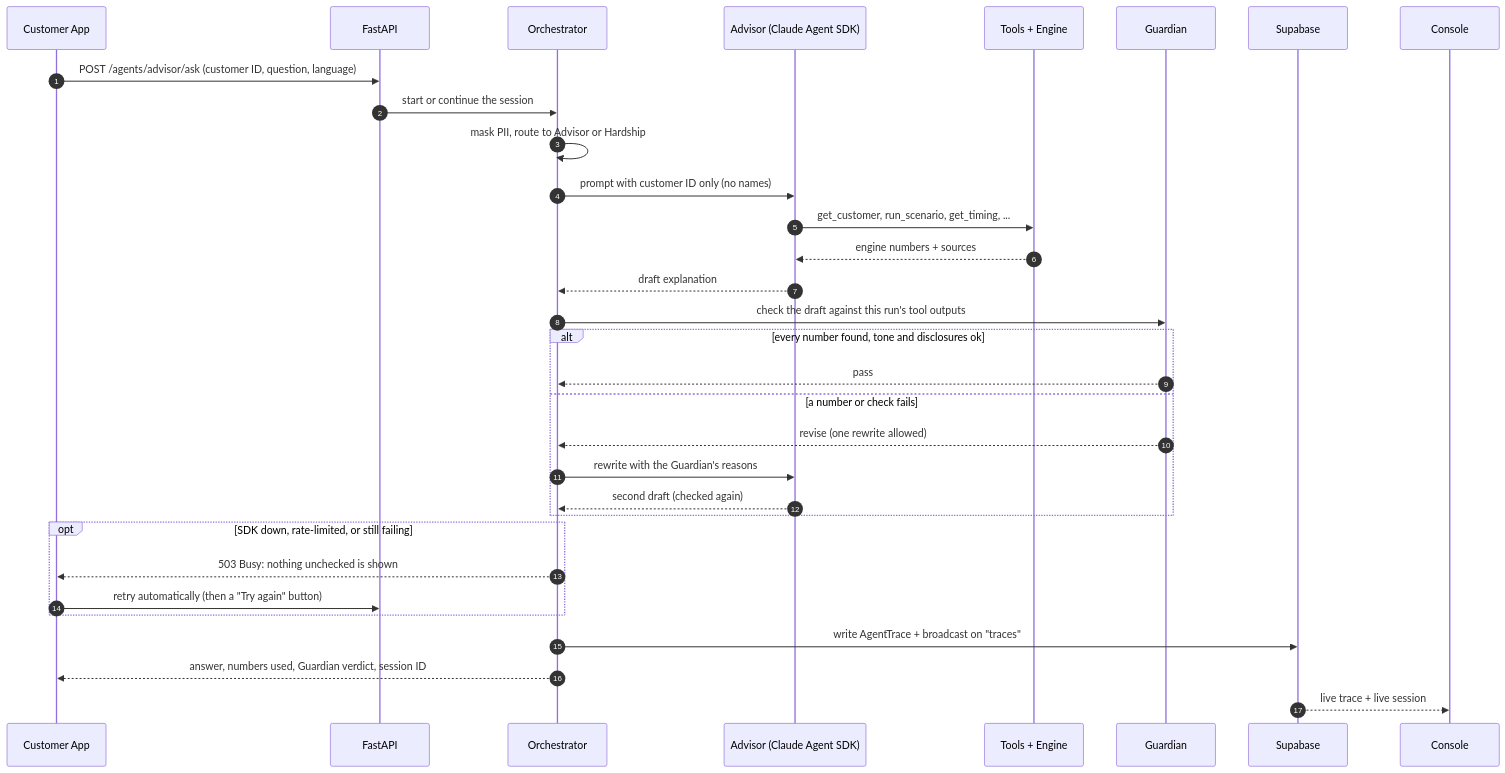
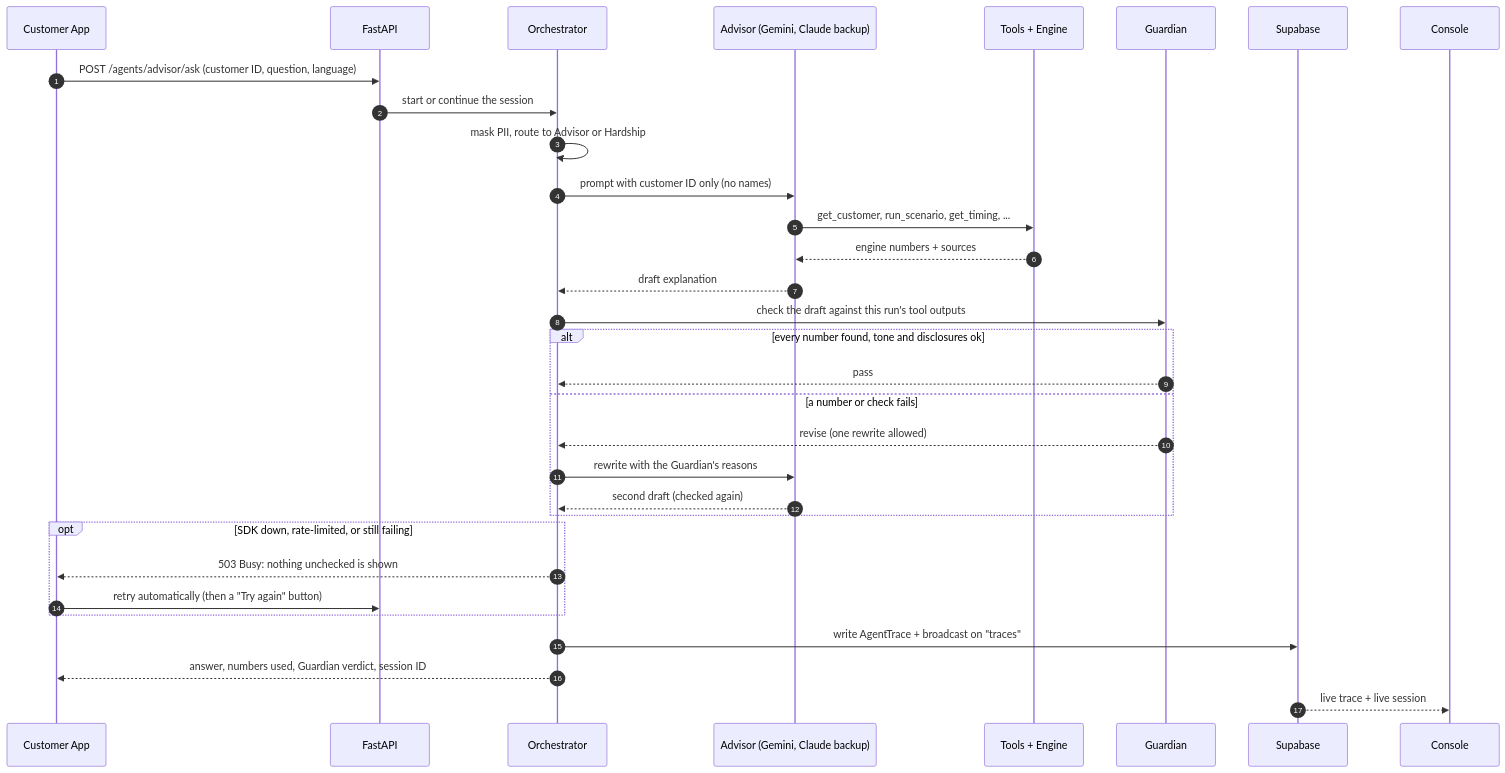
The third of 8 diagrams in README.md (vishvacyber/toyota-nextmove), drawn with Mermaid before and after one commit. The commit also changed other lines of this file and 32 other files, not shown here.

````diff
--- a/README.md
+++ b/README.md
@@ -170,34 +170,34 @@
 ```mermaid
 sequenceDiagram
   autonumber
   participant C as Customer App
   participant API as FastAPI
   participant O as Orchestrator
-  participant A as Advisor (Claude Agent SDK)
+  participant A as Advisor (Gemini, Claude backup)
   participant T as Tools + Engine
   participant G as Guardian
   participant S as Supabase
 
   C->>API: POST /agents/advisor/ask (customer ID, question, language)
   API->>O: start or continue the session
   O->>O: mask PII, route to Advisor or Hardship
   O->>A: prompt with customer ID only (no names)
   A->>T: get_customer, run_scenario, get_timing, ...
   T-->>A: engine numbers + sources
   A-->>O: draft explanation
   O->>G: check the draft against this run's tool outputs
   alt every number found, tone and disclosures ok
     G-->>O: pass
   else a number or check fails
     G-->>O: revise (one rewrite allowed)
     O->>A: rewrite with the Guardian's reasons
     A-->>O: second draft (checked again)
   end
   opt SDK down, rate-limited, or still failing
     O-->>C: 503 Busy: nothing unchecked is shown
     C->>API: retry automatically (then a "Try again" button)
   end
   O->>S: write AgentTrace + broadcast on "traces"
   O-->>C: answer, numbers used, Guardian verdict, session ID
   S-->>Console: live trace + live session
 ```
````
